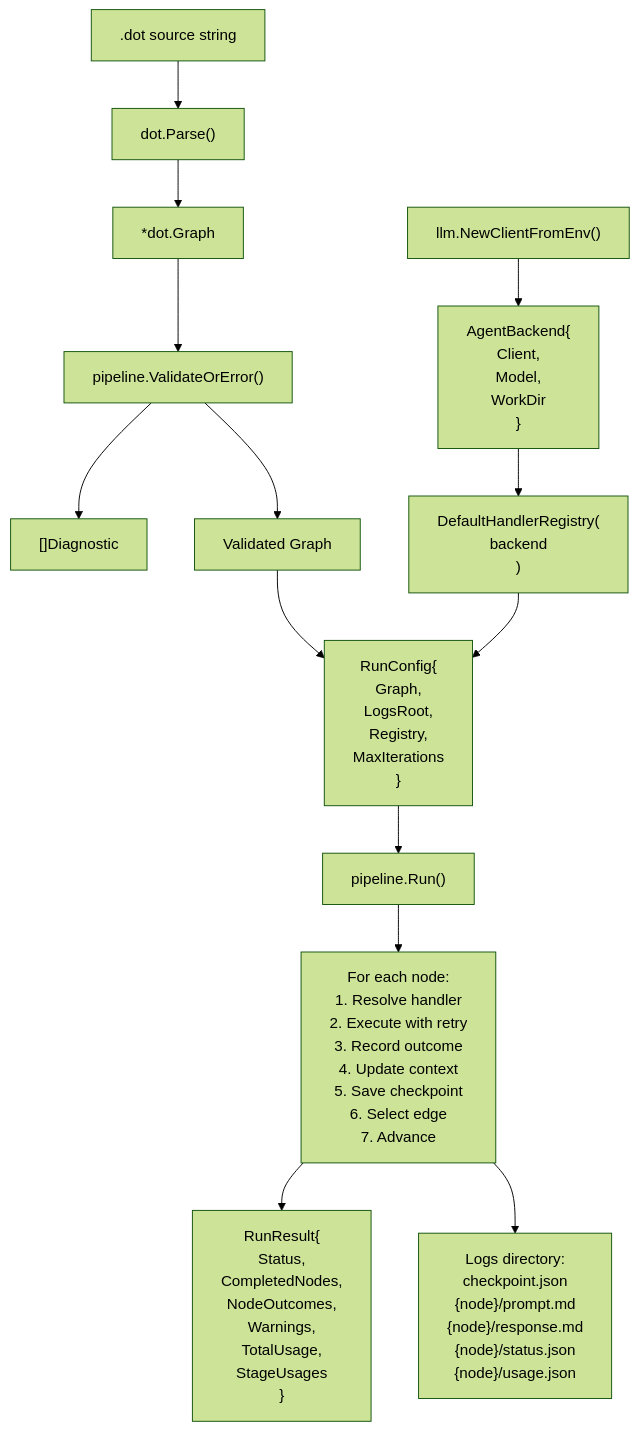
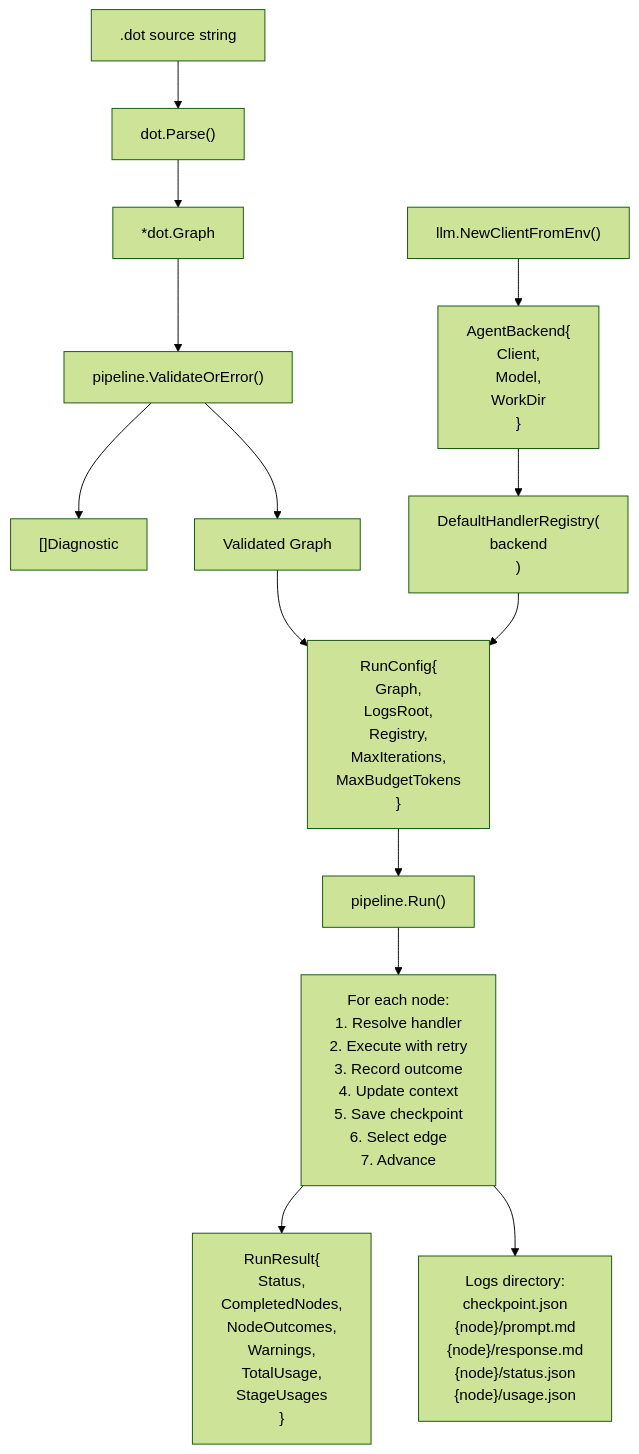
The tenth of 10 diagrams in docs/architecture.md (campallison/attractor), drawn with Mermaid (forest theme) before and after one commit. The commit also changed 3 other files, not shown here.

````diff
--- a/docs/architecture.md
+++ b/docs/architecture.md
@@ -626,22 +626,22 @@
 ```mermaid
 flowchart TD
     DotSource[".dot source string"] --> Parse["dot.Parse()"]
     Parse --> Graph["*dot.Graph"]
     Graph --> Validate["pipeline.ValidateOrError()"]
     Validate --> Diagnostics["[]Diagnostic"]
     Validate --> ValidGraph["Validated Graph"]
 
-    ValidGraph --> RunConfig["RunConfig{\n  Graph,\n  LogsRoot,\n  Registry,\n  MaxIterations\n}"]
+    ValidGraph --> RunConfig["RunConfig{\n  Graph,\n  LogsRoot,\n  Registry,\n  MaxIterations,\n  MaxBudgetTokens\n}"]
 
     LLMClient["llm.NewClientFromEnv()"] --> AgentBackend["AgentBackend{\n  Client,\n  Model,\n  WorkDir\n}"]
     AgentBackend --> Registry["DefaultHandlerRegistry(\n  backend\n)"]
     Registry --> RunConfig
 
     RunConfig --> Run["pipeline.Run()"]
 
     Run --> NodeLoop["For each node:\n1. Resolve handler\n2. Execute with retry\n3. Record outcome\n4. Update context\n5. Save checkpoint\n6. Select edge\n7. Advance"]
 
     NodeLoop --> Result["RunResult{\n  Status,\n  CompletedNodes,\n  NodeOutcomes,\n  Warnings,\n  TotalUsage,\n  StageUsages\n}"]
 
     NodeLoop --> Artifacts["Logs directory:\n  checkpoint.json\n  {node}/prompt.md\n  {node}/response.md\n  {node}/status.json\n  {node}/usage.json"]
 ```
````
